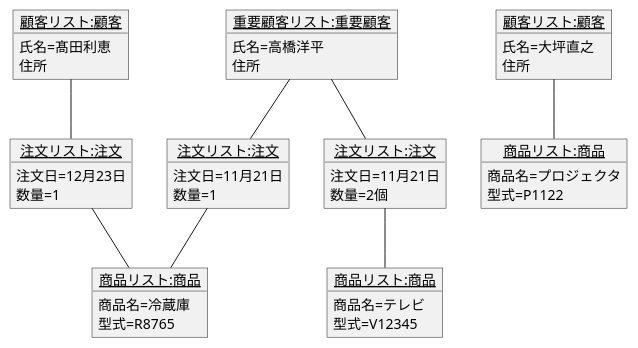
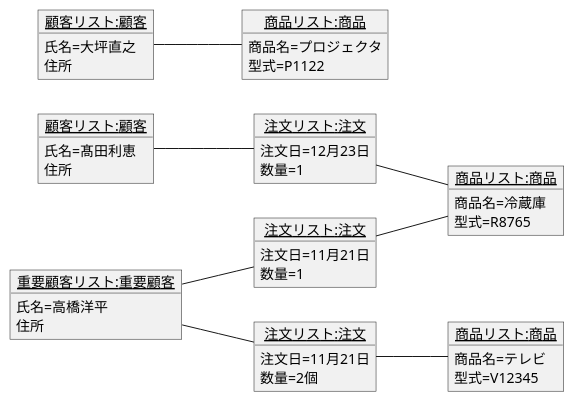
The diagram in 第三章/【提出ファイル】演習3-7_OBJ_注文のオブジェクト図.pu (milky326/uml-introduction), drawn with PlantUML before and after one commit.

Commit message:
演習３

```diff
--- a/第三章/【提出ファイル】演習3-7_OBJ_注文のオブジェクト図.pu
+++ b/第三章/【提出ファイル】演習3-7_OBJ_注文のオブジェクト図.pu
@@ -1,55 +1,56 @@
-@startuml 演習3-7 a
+@startuml 演習3-7
+left to right direction
     object "<u>注文リスト:注文</u>" as order1{
         注文日=11月21日
         数量=2個
     }
     
     object "<u>注文リスト:注文</u>" as order2{
         注文日=11月21日
         数量=1
     }
 
     object "<u>注文リスト:注文</u>" as order3{
         注文日=12月23日
         数量=1
     }
 
     object "<u>商品リスト:商品</u>" as product1{
         商品名=テレビ
         型式=V12345
     }
 
     object "<u>商品リスト:商品</u>" as product2{
         商品名=冷蔵庫
         型式=R8765
     }
 
     object "<u>商品リスト:商品</u>" as product3{
         商品名=プロジェクタ
         型式=P1122
     }
 
     object "<u>顧客リスト:顧客</u>" as customer1{
         氏名=髙田利恵
         住所
     }
 
     object "<u>顧客リスト:顧客</u>" as customer2{
         氏名=大坪直之
         住所
     }
 
     object "<u>重要顧客リスト:重要顧客</u>" as importantcustomer{
         氏名=高橋洋平
         住所
     }
 
     order1 -- product1
     order2 -- product2
     order3 -up- customer1
     order3 -- product2
     customer2 -- product3
 
     importantcustomer -- order1
     importantcustomer -- order2
 @enduml
```
